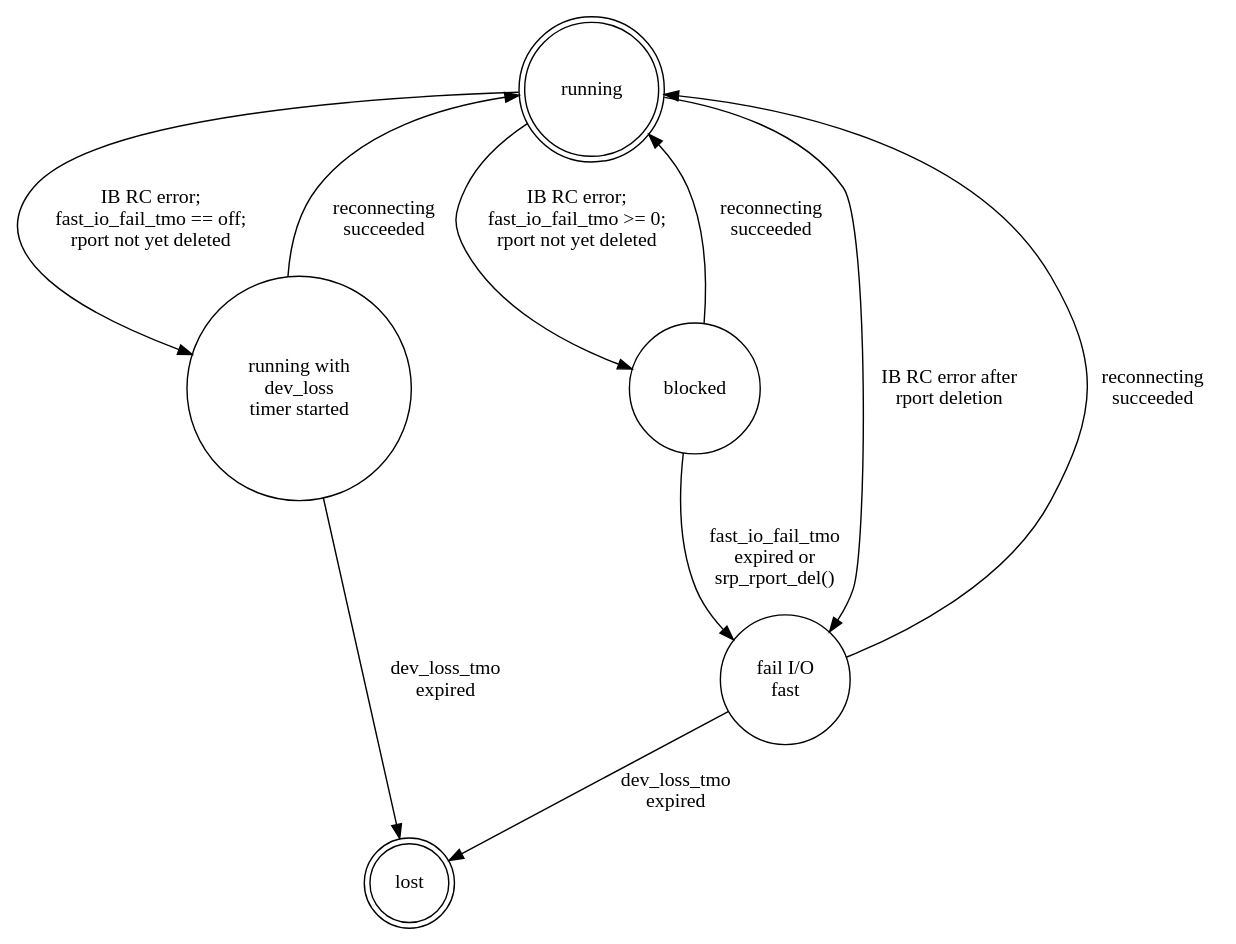
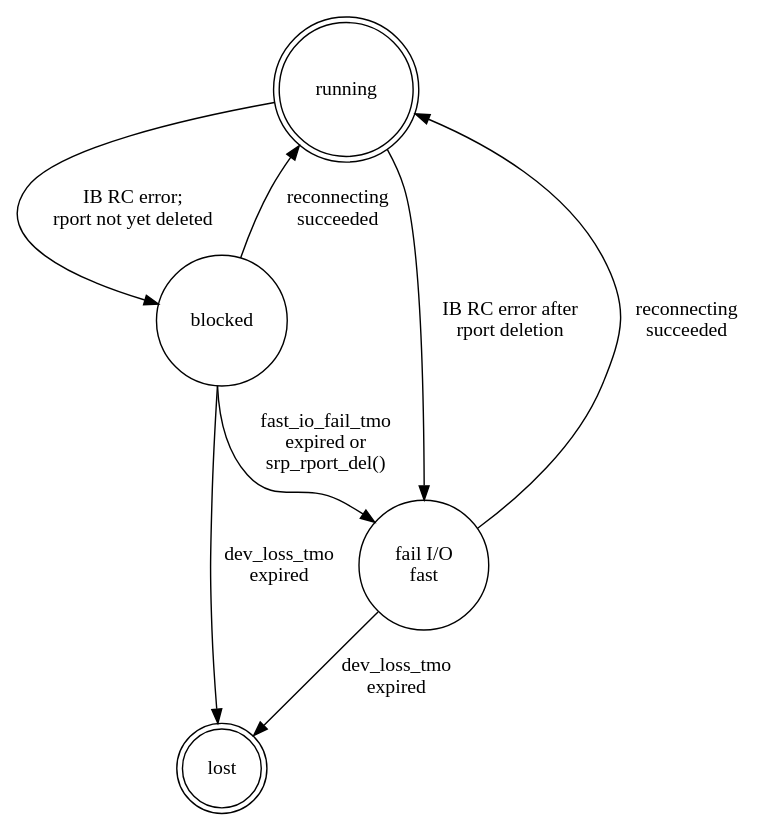
Before and after one commit to koskv/ib_srp-backport: the diagram in Documentation/infiniband/ib_srp/srp-initiator-state-diagram.dot, drawn with Graphviz. The commit also changed 2 other files, not shown here.

Commit message:
scsi_transport_srp: Block rport upon TL error even with fast_io_fail_tmo = off

```diff
--- a/Documentation/infiniband/ib_srp/srp-initiator-state-diagram.dot
+++ b/Documentation/infiniband/ib_srp/srp-initiator-state-diagram.dot
@@ -1,21 +1,18 @@
 digraph srp_initiator {
 	node [shape = doublecircle]; running lost;
 	node [shape = circle];
 
 	running;
-	running_dlt	[ label = "running with\ndev_loss\ntimer started" ];
 	blocked;
 	failfast	[ label = "fail I/O\nfast" ];
 	lost;
 
-	running -> running_dlt	[ label = "IB RC error;\nfast_io_fail_tmo == off;\nrport not yet deleted" ];
-	running -> blocked	[ label = "IB RC error;\nfast_io_fail_tmo >= 0;\nrport not yet deleted" ];
+	running -> blocked	[ label = "IB RC error;\nrport not yet deleted" ];
 	blocked -> failfast	[ label = "fast_io_fail_tmo\nexpired or\nsrp_rport_del()" ];
+	blocked -> lost		[ label = "dev_loss_tmo\nexpired" ];
 	failfast -> lost	[ label = "dev_loss_tmo\nexpired" ];
-	running_dlt -> running	[ label = "reconnecting\nsucceeded" ];
 	blocked -> running	[ label = "reconnecting\nsucceeded" ];
 	failfast -> running	[ label = "reconnecting\nsucceeded" ];
-	running_dlt -> lost	[ label = "dev_loss_tmo\nexpired" ];
 
 	running -> failfast	[ label = "IB RC error after\nrport deletion" ];
 }
```
